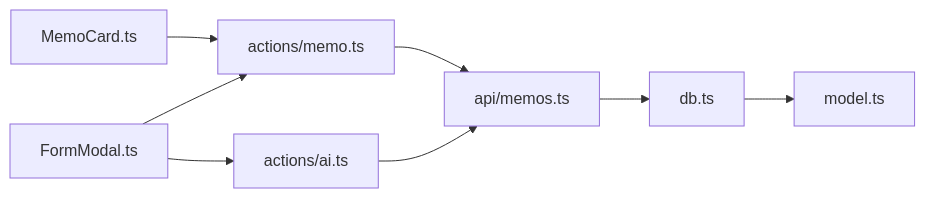
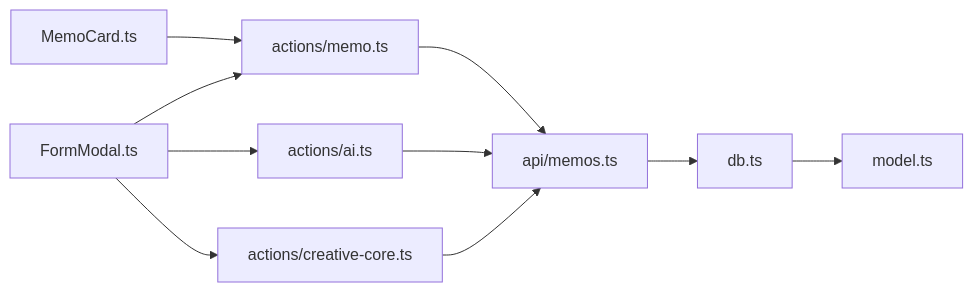
Before and after one commit to BlackBoxRecorder/memos: the eighth of 8 diagrams in .qoder/repowiki/zh/content/前端应用/Admin管理界面/备忘录管理.md, drawn with Mermaid. The commit also changed other lines of this file and 30 other files, not shown here.

````diff
--- a/.qoder/repowiki/zh/content/前端应用/Admin管理界面/备忘录管理.md
+++ b/.qoder/repowiki/zh/content/前端应用/Admin管理界面/备忘录管理.md
@@ -366,10 +429,12 @@
 ```mermaid
 graph LR
 MC["MemoCard.ts"] --> AM["actions/memo.ts"]
 FM["FormModal.ts"] --> AM
 FM --> AI["actions/ai.ts"]
+FM --> CC["actions/creative-core.ts"]
 AM --> API["api/memos.ts"]
 AI --> API
+CC --> API
 API --> DB["db.ts"]
 DB --> MD["model.ts"]
 ```
````
